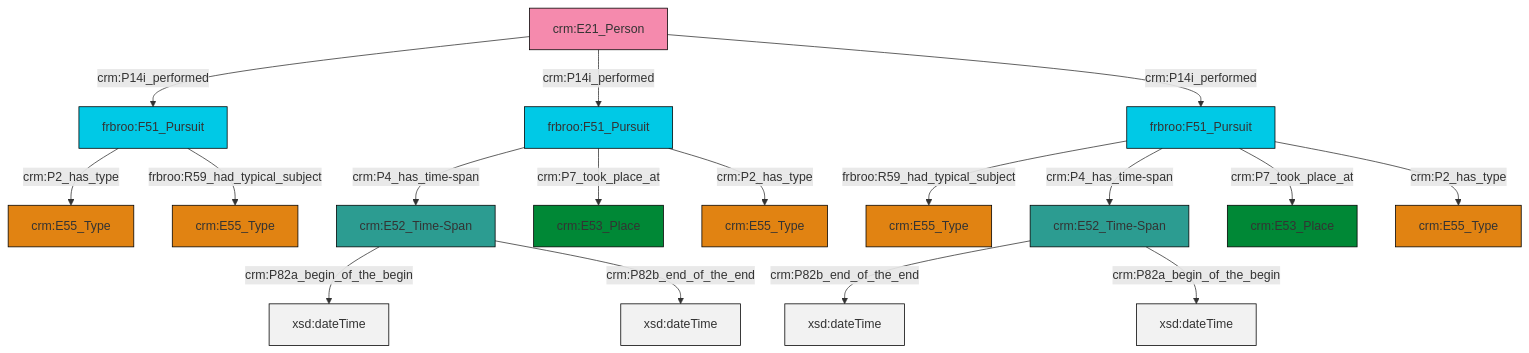
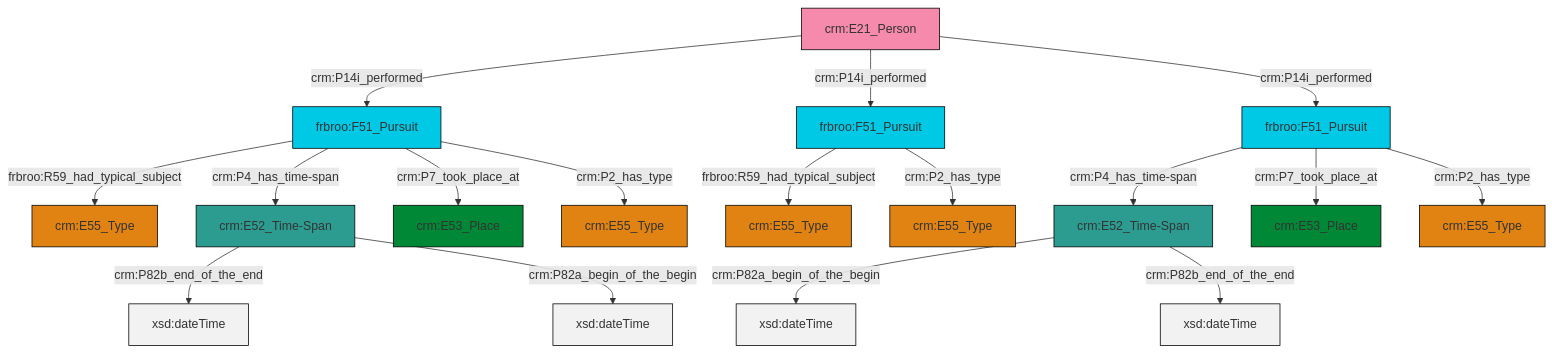
The diagram in et/personCSV/ttl/mmd/Person_Event.ttl.mmd (swiss-art-research-net/reference-data-models), drawn with Mermaid before and after one commit. The commit also changed 127 other files, not shown here.

```diff
--- a/et/personCSV/ttl/mmd/Person_Event.ttl.mmd
+++ b/et/personCSV/ttl/mmd/Person_Event.ttl.mmd
@@ -1,31 +1,31 @@
 graph TD
 classDef Literal fill:#f2f2f2,stroke:#000000;
 classDef CRM_Entity fill:#FFFFFF,stroke:#000000;
 classDef Temporal_Entity fill:#00C9E6, stroke:#000000;
 classDef Type fill:#E18312, stroke:#000000;
 classDef Time-Span fill:#2C9C91, stroke:#000000;
 classDef Appellation fill:#FFEB7F, stroke:#000000;
 classDef Place fill:#008836, stroke:#000000;
 classDef Persistent_Item fill:#B266B2, stroke:#000000;
 classDef Conceptual_Object fill:#FFD700, stroke:#000000;
 classDef Physical_Thing fill:#D2B48C, stroke:#000000;
 classDef Actor fill:#f58aad, stroke:#000000;
 classDef PC_Classes fill:#4ce600, stroke:#000000;
 classDef Multi fill:#cccccc,stroke:#000000;
 
-0["frbroo:F51_Pursuit"]:::Temporal_Entity -->|crm:P4_has_time-span| 1["crm:E52_Time-Span"]:::Time-Span
-1["crm:E52_Time-Span"]:::Time-Span -->|crm:P82a_begin_of_the_begin| 2[xsd:dateTime]:::Literal
-9["frbroo:F51_Pursuit"]:::Temporal_Entity -->|crm:P2_has_type| 10["crm:E55_Type"]:::Type
-11["frbroo:F51_Pursuit"]:::Temporal_Entity -->|frbroo:R59_had_typical_subject| 3["crm:E55_Type"]:::Type
-16["crm:E21_Person"]:::Actor -->|crm:P14i_performed| 9["frbroo:F51_Pursuit"]:::Temporal_Entity
-7["crm:E52_Time-Span"]:::Time-Span -->|crm:P82b_end_of_the_end| 20[xsd:dateTime]:::Literal
-0["frbroo:F51_Pursuit"]:::Temporal_Entity -->|crm:P7_took_place_at| 5["crm:E53_Place"]:::Place
-11["frbroo:F51_Pursuit"]:::Temporal_Entity -->|crm:P4_has_time-span| 7["crm:E52_Time-Span"]:::Time-Span
-7["crm:E52_Time-Span"]:::Time-Span -->|crm:P82a_begin_of_the_begin| 24[xsd:dateTime]:::Literal
-9["frbroo:F51_Pursuit"]:::Temporal_Entity -->|frbroo:R59_had_typical_subject| 14["crm:E55_Type"]:::Type
-0["frbroo:F51_Pursuit"]:::Temporal_Entity -->|crm:P2_has_type| 12["crm:E55_Type"]:::Type
-1["crm:E52_Time-Span"]:::Time-Span -->|crm:P82b_end_of_the_end| 29[xsd:dateTime]:::Literal
-16["crm:E21_Person"]:::Actor -->|crm:P14i_performed| 0["frbroo:F51_Pursuit"]:::Temporal_Entity
-11["frbroo:F51_Pursuit"]:::Temporal_Entity -->|crm:P7_took_place_at| 30["crm:E53_Place"]:::Place
-11["frbroo:F51_Pursuit"]:::Temporal_Entity -->|crm:P2_has_type| 18["crm:E55_Type"]:::Type
-16["crm:E21_Person"]:::Actor -->|crm:P14i_performed| 11["frbroo:F51_Pursuit"]:::Temporal_Entity
+2["crm:E52_Time-Span"]:::Time-Span -->|crm:P82a_begin_of_the_begin| 3[xsd:dateTime]:::Literal
+10["frbroo:F51_Pursuit"]:::Temporal_Entity -->|crm:P4_has_time-span| 2["crm:E52_Time-Span"]:::Time-Span
+8["frbroo:F51_Pursuit"]:::Temporal_Entity -->|frbroo:R59_had_typical_subject| 11["crm:E55_Type"]:::Type
+14["crm:E52_Time-Span"]:::Time-Span -->|crm:P82b_end_of_the_end| 15[xsd:dateTime]:::Literal
+17["crm:E21_Person"]:::Actor -->|crm:P14i_performed| 8["frbroo:F51_Pursuit"]:::Temporal_Entity
+10["frbroo:F51_Pursuit"]:::Temporal_Entity -->|crm:P7_took_place_at| 6["crm:E53_Place"]:::Place
+14["crm:E52_Time-Span"]:::Time-Span -->|crm:P82a_begin_of_the_begin| 20[xsd:dateTime]:::Literal
+8["frbroo:F51_Pursuit"]:::Temporal_Entity -->|crm:P4_has_time-span| 14["crm:E52_Time-Span"]:::Time-Span
+17["crm:E21_Person"]:::Actor -->|crm:P14i_performed| 12["frbroo:F51_Pursuit"]:::Temporal_Entity
+10["frbroo:F51_Pursuit"]:::Temporal_Entity -->|crm:P2_has_type| 18["crm:E55_Type"]:::Type
+2["crm:E52_Time-Span"]:::Time-Span -->|crm:P82b_end_of_the_end| 25[xsd:dateTime]:::Literal
+8["frbroo:F51_Pursuit"]:::Temporal_Entity -->|crm:P7_took_place_at| 4["crm:E53_Place"]:::Place
+17["crm:E21_Person"]:::Actor -->|crm:P14i_performed| 10["frbroo:F51_Pursuit"]:::Temporal_Entity
+12["frbroo:F51_Pursuit"]:::Temporal_Entity -->|frbroo:R59_had_typical_subject| 22["crm:E55_Type"]:::Type
+12["frbroo:F51_Pursuit"]:::Temporal_Entity -->|crm:P2_has_type| 26["crm:E55_Type"]:::Type
+8["frbroo:F51_Pursuit"]:::Temporal_Entity -->|crm:P2_has_type| 0["crm:E55_Type"]:::Type
```
